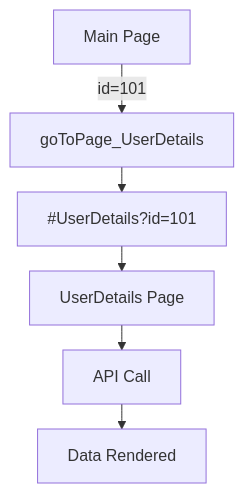
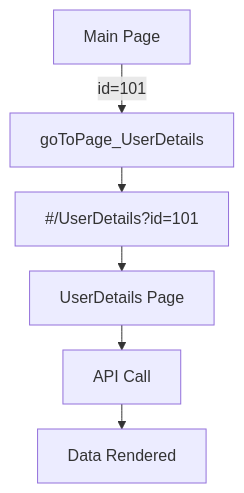
One commit to imtiyazwm/ai-docs changed the diagram in docs/user-interfaces/mobile/develop/page/properties.mdx. Above: the diagram before and after it, drawn with Mermaid. The commit also changed other lines of this file and 81 other files, not shown here.

````diff
--- a/docs/user-interfaces/mobile/develop/page/properties.mdx
+++ b/docs/user-interfaces/mobile/develop/page/properties.mdx
@@ -69,16 +86,16 @@
-```mermaid
-%%{init: {'theme': 'default', 'flowchart': {'nodeSpacing': 20, 'rankSpacing': 25}}}%%
-flowchart TD
-    A[Main Page]
-    B[goToPage_UserDetails]
-    C[#UserDetails?id=101]
-    D[UserDetails Page]
-    E[API Call]
-    F[Data Rendered]
+  ```mermaid
+  %%{init: {'theme': 'default', 'flowchart': {'nodeSpacing': 20, 'rankSpacing': 25}}}%%
+  flowchart TD
+      A[Main Page]
+      B[goToPage_UserDetails]
+      C["#/UserDetails?id=101"]
+      D[UserDetails Page]
+      E[API Call]
+      F[Data Rendered]
 
-    A -->|id=101| B
-    B --> C
-    C --> D
-    D --> E
-    E --> F
-```
+      A -->|id=101| B
+      B --> C
+      C --> D
+      D --> E
+      E --> F
+  ```
````
